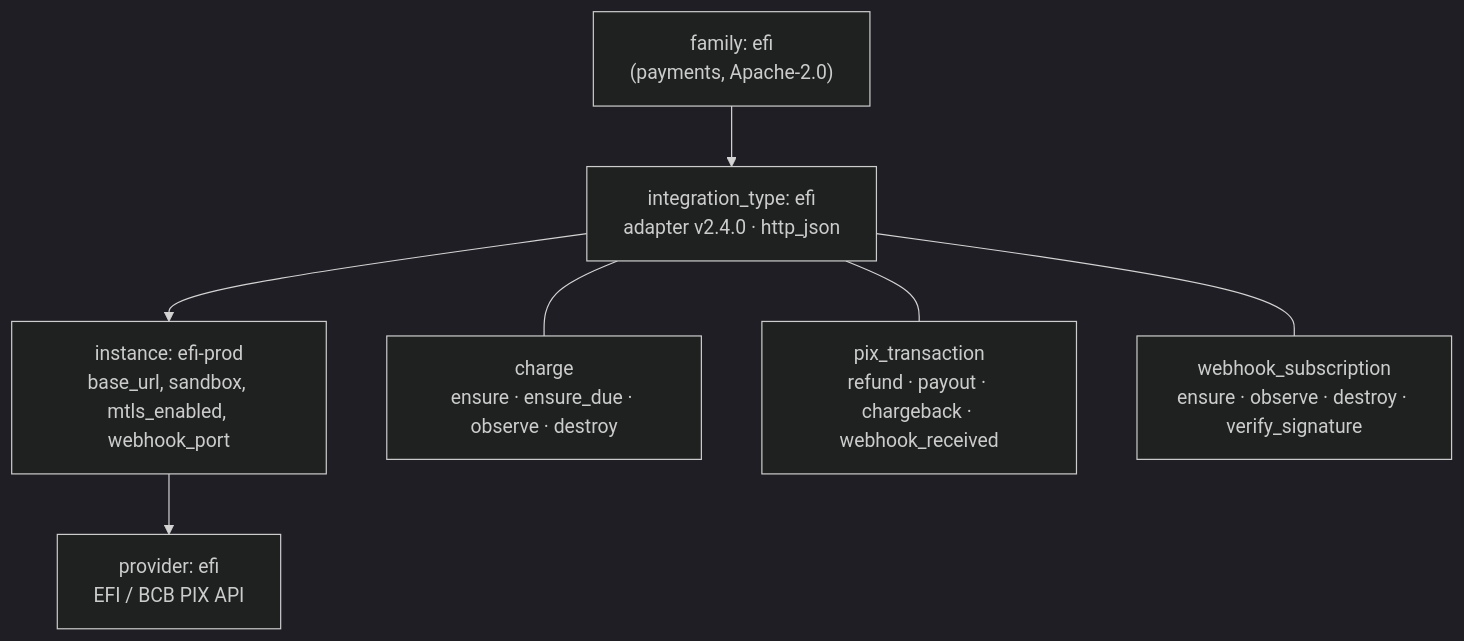
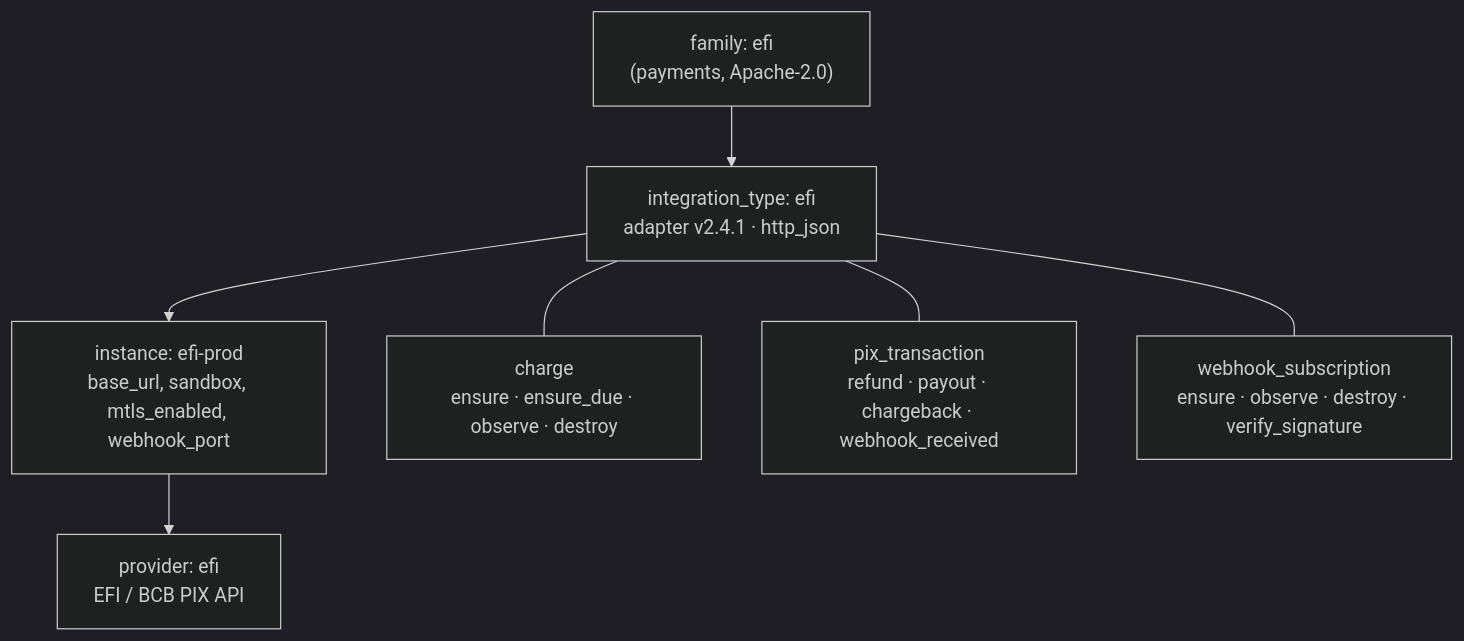
The second of 3 diagrams in README.md (dakasa-yggdrasil/integration-efi), drawn with Mermaid (dark theme) before and after one commit. The commit also changed other lines of this file and 18 other files, not shown here.

````diff
--- a/README.md
+++ b/README.md
@@ -75,12 +73,12 @@
 ```mermaid
 flowchart TD
   fam["family: efi<br/>(payments, Apache-2.0)"]
-  typ["integration_type: efi<br/>adapter v2.4.0 · http_json"]
+  typ["integration_type: efi<br/>adapter v2.4.1 · http_json"]
   inst["instance: efi-prod<br/>base_url, sandbox, mtls_enabled, webhook_port"]
   prov["provider: efi<br/>EFI / BCB PIX API"]
   fam --> typ --> inst --> prov
 
   typ --- rt1["charge<br/>ensure · ensure_due · observe · destroy"]
   typ --- rt2["pix_transaction<br/>refund · payout · chargeback · webhook_received"]
   typ --- rt3["webhook_subscription<br/>ensure · observe · destroy · verify_signature"]
 ```
````
